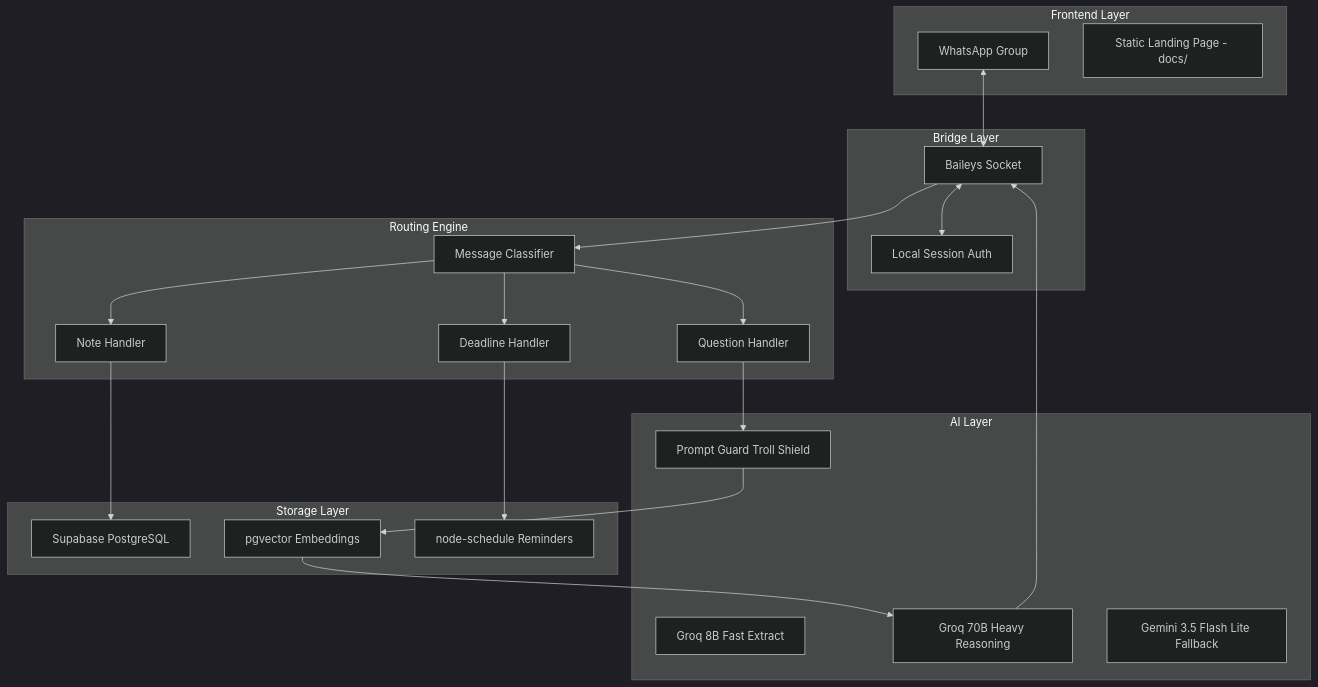
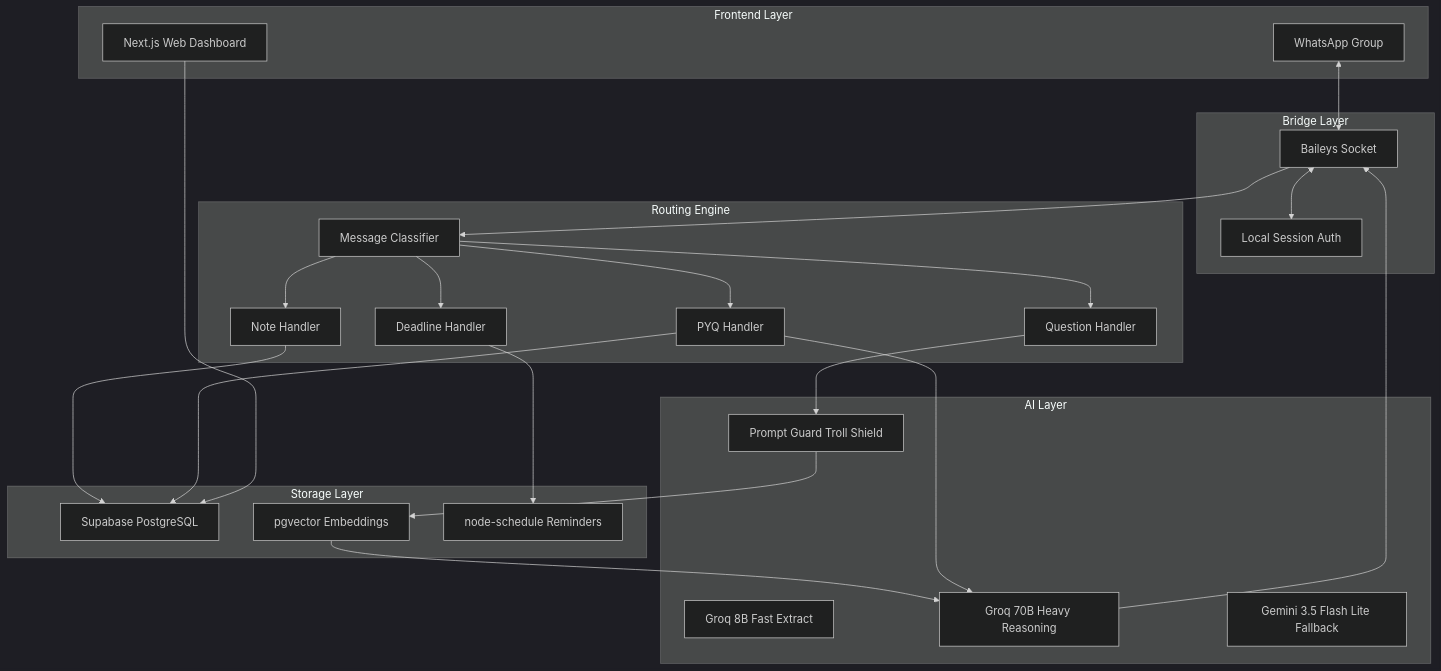
The second of 2 diagrams in README.md (Rishavroy-2006/Class-Copilot), drawn with Mermaid (dark theme) before and after one commit. The commit also changed other lines of this file and 20 other files, not shown here.

Commit message:
feat: integrate Next.js dashboard with backend

````diff
--- a/README.md
+++ b/README.md
@@ -56,48 +54,53 @@
 ```mermaid
 graph TD
     subgraph Frontend Layer
         WA[WhatsApp Group]
-        LP[Static Landing Page - docs/]
+        DASH[Next.js Web Dashboard]
     end
 
     subgraph Bridge Layer
         B[Baileys Socket]
         AUTH[Local Session Auth]
     end
 
     subgraph Routing Engine
         C[Message Classifier]
         NH[Note Handler]
         DH[Deadline Handler]
         QH[Question Handler]
+        PH[PYQ Handler]
     end
 
     subgraph AI Layer
         TS[Prompt Guard Troll Shield]
         G8[Groq 8B Fast Extract]
         G70[Groq 70B Heavy Reasoning]
         GEM[Gemini 3.5 Flash Lite Fallback]
     end
 
     subgraph Storage Layer
         SUPA[Supabase PostgreSQL]
         VEC[pgvector Embeddings]
         CRON[node-schedule Reminders]
     end
 
     WA <--> B
     B <--> AUTH
     B --> C
     
     C --> NH
     C --> DH
     C --> QH
+    C --> PH
     
     NH --> SUPA
     DH --> CRON
+    PH --> SUPA
+    DASH --> SUPA
     
     QH --> TS
     TS --> VEC
     VEC --> G70
+    PH --> G70
     G70 --> B
 ```
````
